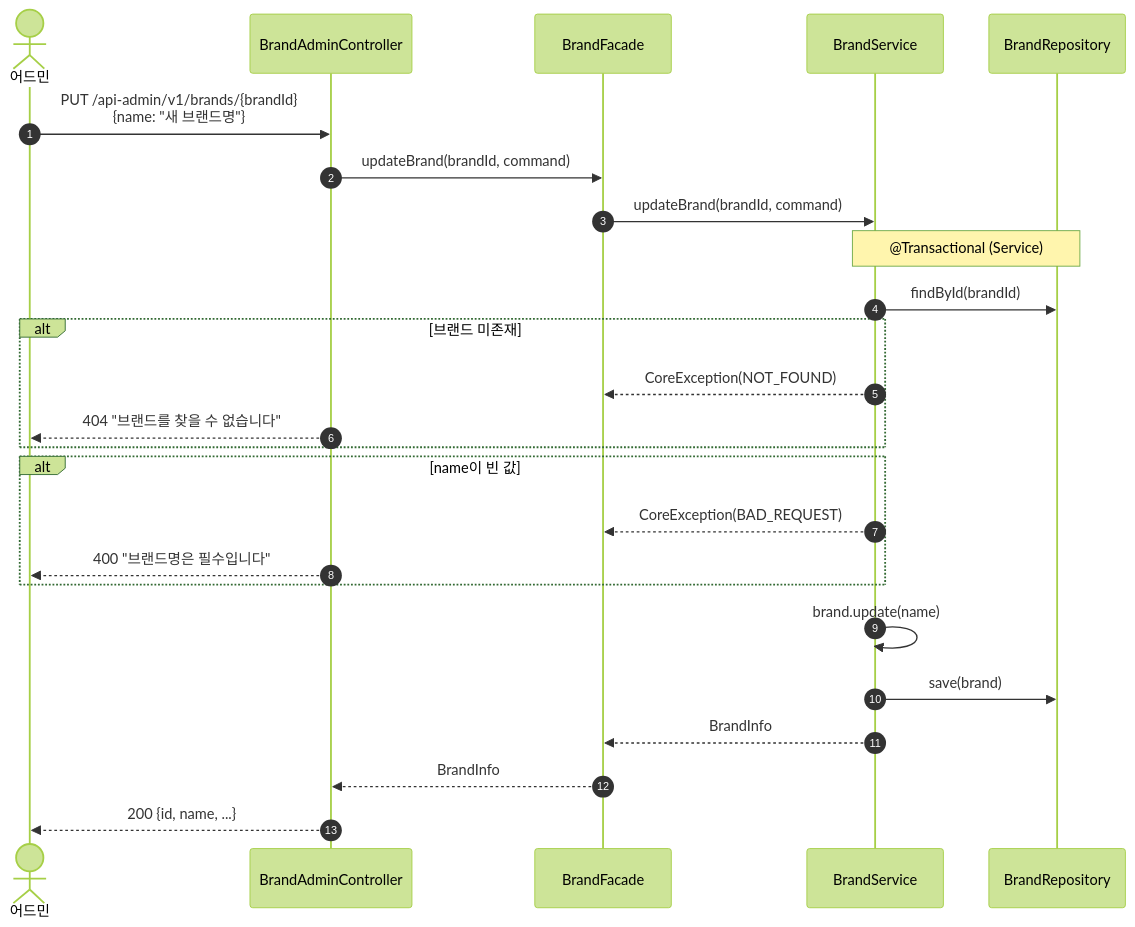
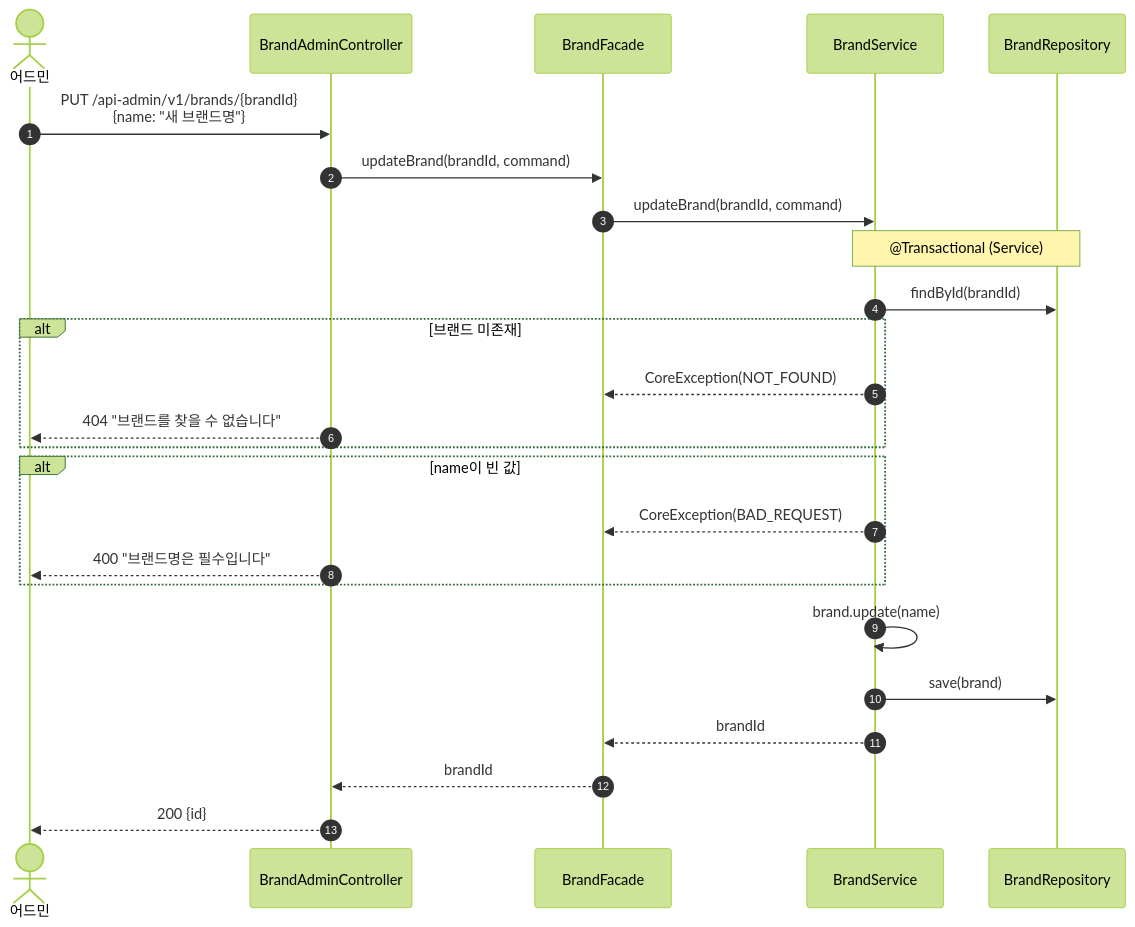
One commit to Loopers-dev-lab/loop-pack-be-l2-vol3-kotlin changed the seventh of 21 diagrams in docs/design/02-sequence-diagrams.md. Above: the diagram before and after it, drawn with Mermaid (forest theme). The commit also changed other lines of this file and 4 other files, not shown here.

````diff
--- a/docs/design/02-sequence-diagrams.md
+++ b/docs/design/02-sequence-diagrams.md
@@ -219,32 +217,32 @@
 ```mermaid
 sequenceDiagram
     autonumber
     actor Admin as 어드민
     participant C as BrandAdminController
     participant F as BrandFacade
     participant BS as BrandService
     participant BR as BrandRepository
     Admin ->> C: PUT /api-admin/v1/brands/{brandId}<br/>{name: "새 브랜드명"}
     C ->> F: updateBrand(brandId, command)
     F ->> BS: updateBrand(brandId, command)
 
     Note over BS, BR: @Transactional (Service)
     BS ->> BR: findById(brandId)
 
     alt 브랜드 미존재
         BS -->> F: CoreException(NOT_FOUND)
         C -->> Admin: 404 "브랜드를 찾을 수 없습니다"
     end
 
     alt name이 빈 값
         BS -->> F: CoreException(BAD_REQUEST)
         C -->> Admin: 400 "브랜드명은 필수입니다"
     end
 
     BS ->> BS: brand.update(name)
     BS ->> BR: save(brand)
 
-    BS -->> F: BrandInfo
-    F -->> C: BrandInfo
-    C -->> Admin: 200 {id, name, ...}
+    BS -->> F: brandId
+    F -->> C: brandId
+    C -->> Admin: 200 {id}
 ```
````
